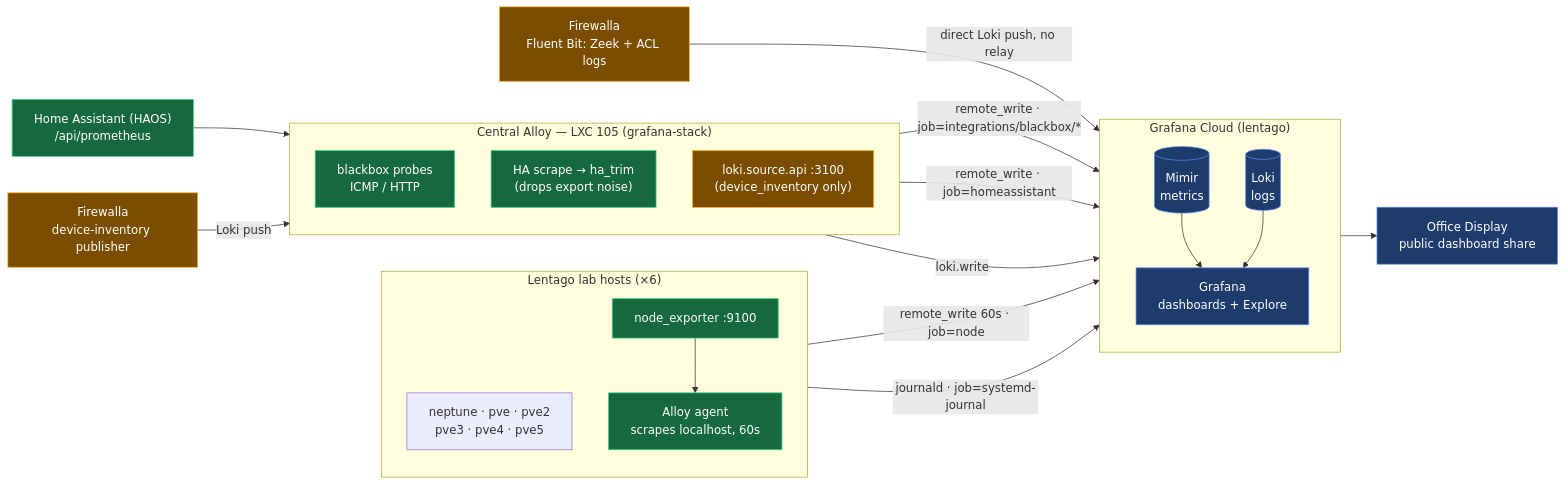
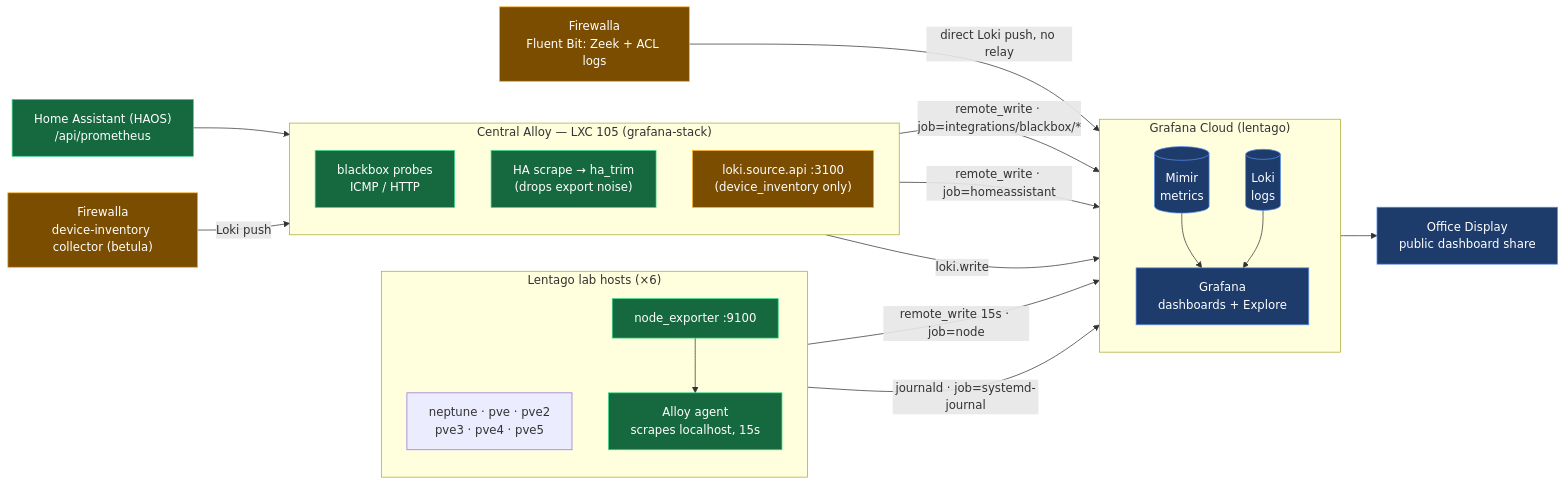
The first of 2 diagrams in docs/metrics-flow.md (lentago/drosera), drawn with Mermaid before and after one commit. The commit also changed other lines of this file and 6 other files, not shown here.

Commit message:
chore(device-inventory): retire drosera's publisher + deploy script; betula owns capture (#151, #243)

````diff
--- a/docs/metrics-flow.md
+++ b/docs/metrics-flow.md
@@ -8,49 +8,49 @@
 ```mermaid
 flowchart LR
   subgraph hosts["Lentago lab hosts (×6)"]
     direction TB
     names["neptune · pve · pve2<br/>pve3 · pve4 · pve5"]
     ne["node_exporter :9100"]
-    agent["Alloy agent<br/>scrapes localhost, 60s"]
+    agent["Alloy agent<br/>scrapes localhost, 15s"]
     ne --> agent
   end
 
   haos["Home Assistant (HAOS)<br/>/api/prometheus"]
   fw["Firewalla<br/>Fluent Bit: Zeek + ACL logs"]
-  fwdev["Firewalla<br/>device-inventory publisher"]
+  fwdev["Firewalla<br/>device-inventory collector (betula)"]
 
   subgraph central["Central Alloy — LXC 105 (grafana-stack)"]
     direction TB
     bb["blackbox probes<br/>ICMP / HTTP"]
     hascrape["HA scrape → ha_trim<br/>(drops export noise)"]
     lokirecv["loki.source.api :3100<br/>(device_inventory only)"]
   end
 
   subgraph cloud["Grafana Cloud (lentago)"]
     direction TB
     mimir[("Mimir<br/>metrics")]
     lokidb[("Loki<br/>logs")]
     grafana["Grafana<br/>dashboards + Explore"]
     mimir --> grafana
     lokidb --> grafana
   end
 
   display["Office Display<br/>public dashboard share"]
 
-  agent -- "remote_write 60s · job=node" --> mimir
+  agent -- "remote_write 15s · job=node" --> mimir
   agent -- "journald · job=systemd-journal" --> lokidb
   haos --> hascrape
   bb -- "remote_write · job=integrations/blackbox/*" --> mimir
   hascrape -- "remote_write · job=homeassistant" --> mimir
   fwdev -- "Loki push" --> lokirecv
   fw -- "direct Loki push, no relay" --> lokidb
   lokirecv -- "loki.write" --> lokidb
   grafana --> display
 
   classDef metric fill:#16683f,stroke:#39d98a,color:#fff;
   classDef logs fill:#7a4d00,stroke:#ffb020,color:#fff;
   classDef sink fill:#1d3b6b,stroke:#5b8def,color:#fff;
   class ne,agent,bb,hascrape,haos metric;
   class fw,fwdev,lokirecv logs;
   class mimir,lokidb,grafana,display sink;
 ```
````
